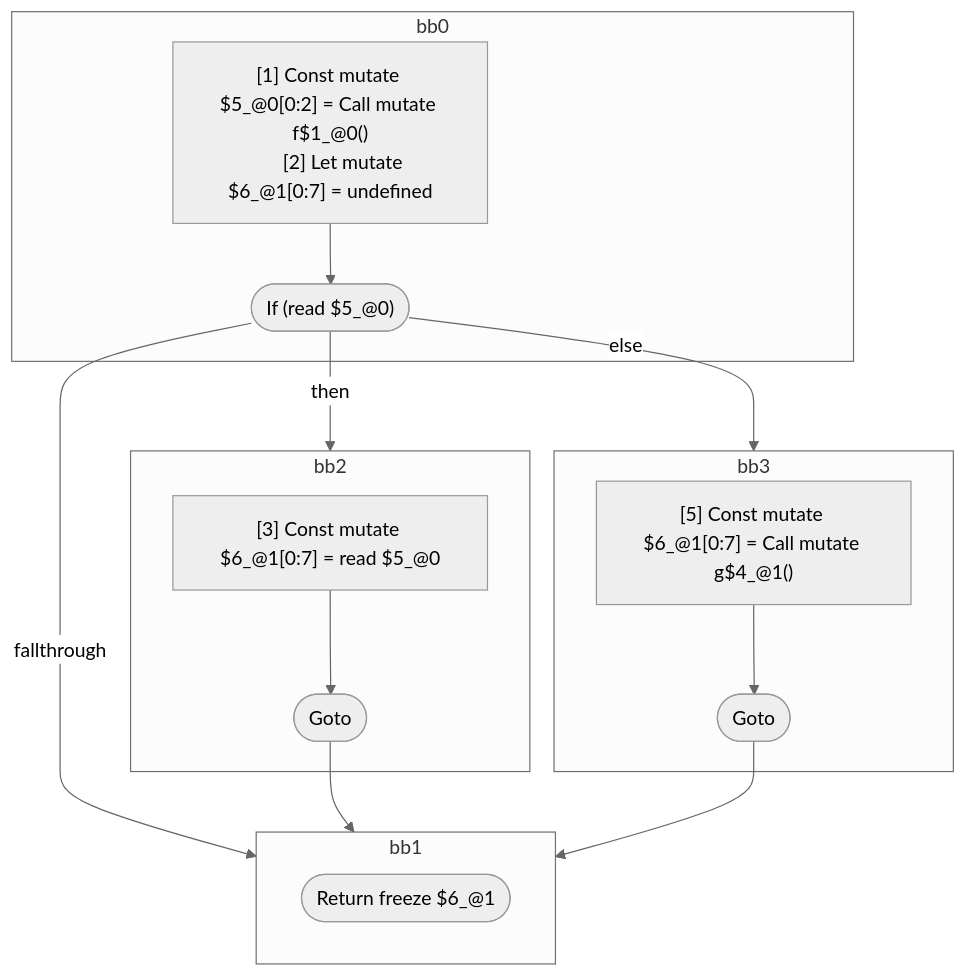
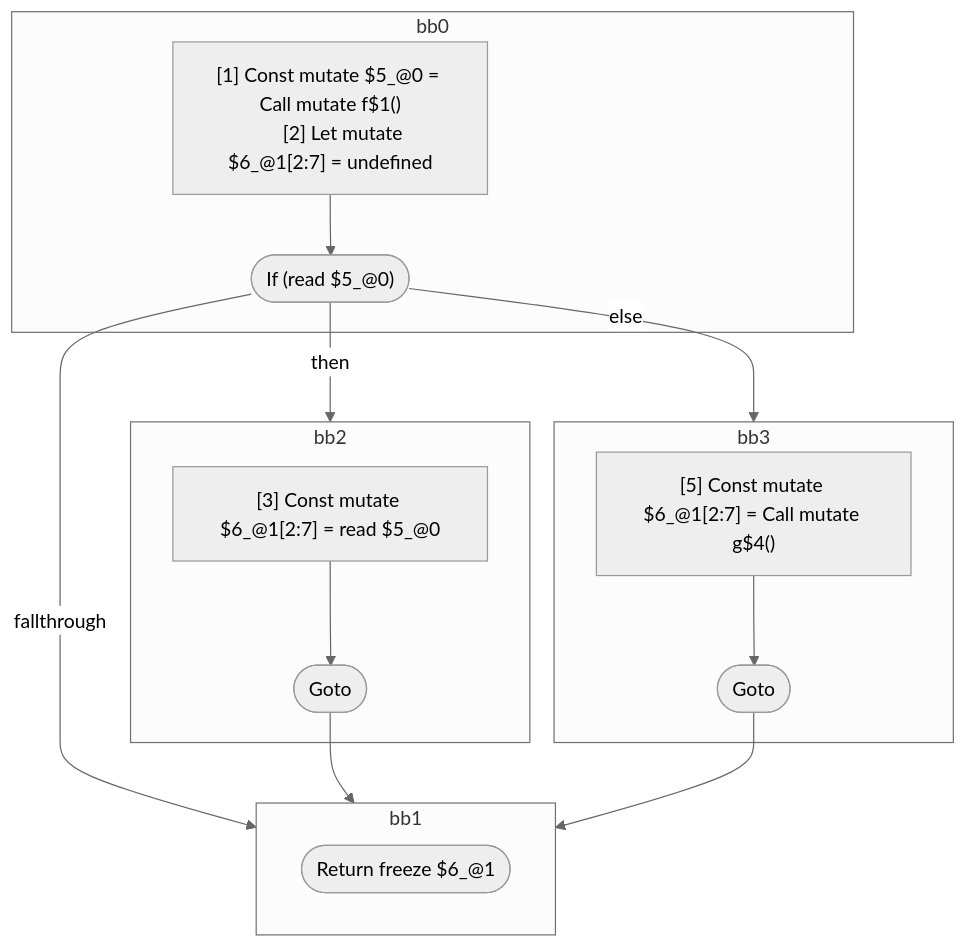
The second of 5 diagrams in compiler/forget/src/__tests__/fixtures/hir/logical-expression.expect.md (wutsmog/private), drawn with Mermaid (neutral theme) before and after one commit. The commit also changed other lines of this file and 100 other files, not shown here.

````diff
--- a/compiler/forget/src/__tests__/fixtures/hir/logical-expression.expect.md
+++ b/compiler/forget/src/__tests__/fixtures/hir/logical-expression.expect.md
@@ -114,34 +160,34 @@
 ```mermaid
 flowchart TB
   %% Basic Blocks
   subgraph bb0
     bb0_instrs["
-      [1] Const mutate $5_@0[0:2] = Call mutate f$1_@0()
-      [2] Let mutate $6_@1[0:7] = undefined
+      [1] Const mutate $5_@0 = Call mutate f$1()
+      [2] Let mutate $6_@1[2:7] = undefined
     "]
     bb0_instrs --> bb0_terminal(["If (read $5_@0)"])
   end
   subgraph bb2
     bb2_instrs["
-      [3] Const mutate $6_@1[0:7] = read $5_@0
+      [3] Const mutate $6_@1[2:7] = read $5_@0
     "]
     bb2_instrs --> bb2_terminal(["Goto"])
   end
   subgraph bb3
     bb3_instrs["
-      [5] Const mutate $6_@1[0:7] = Call mutate g$4_@1()
+      [5] Const mutate $6_@1[2:7] = Call mutate g$4()
     "]
     bb3_instrs --> bb3_terminal(["Goto"])
   end
   subgraph bb1
     bb1_terminal(["Return freeze $6_@1"])
   end
 
   %% Jumps
   bb0_terminal -- "then" --> bb2
   bb0_terminal -- "else" --> bb3
   bb0_terminal -- "fallthrough" --> bb1
   bb2_terminal --> bb1
   bb3_terminal --> bb1
 
 ```
````
